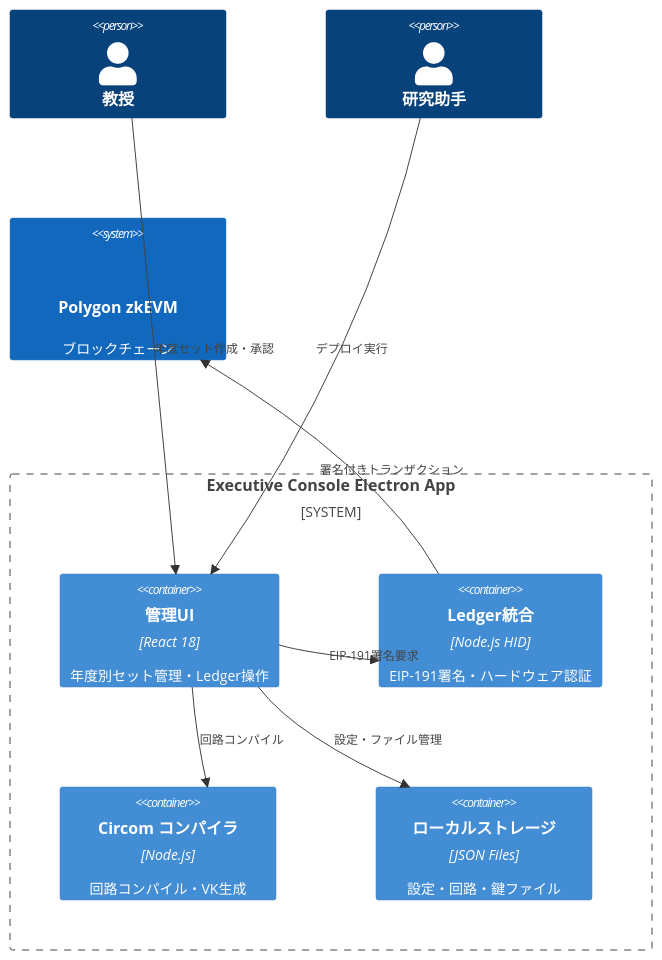
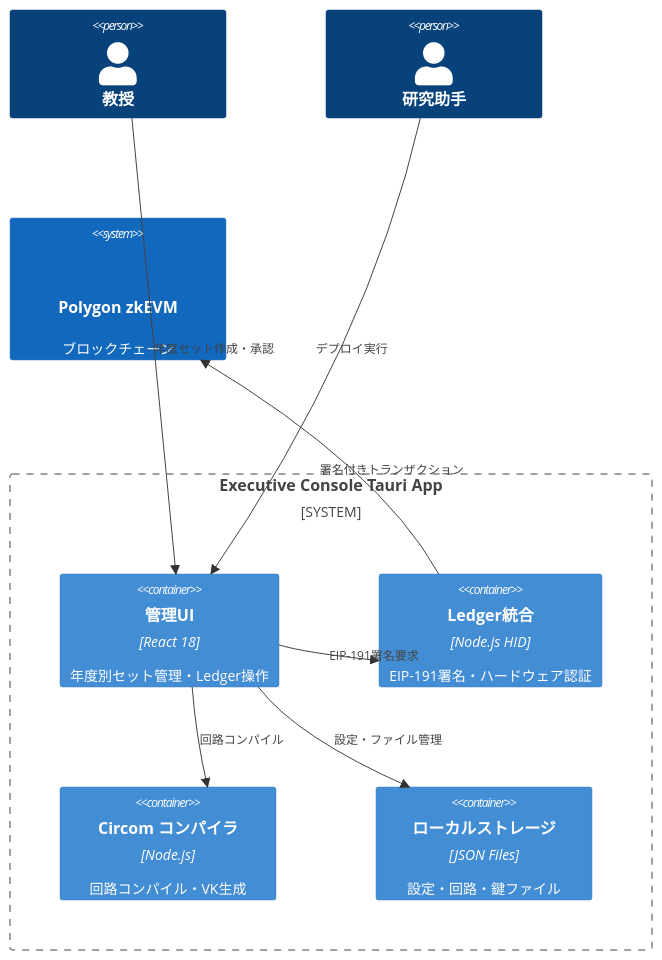
The first of 2 diagrams in documents/ExecutiveConsole/FSD_Executive.md (Blank-Vulture/Tri-CertFramework), drawn with Mermaid before and after one commit. The commit also changed other lines of this file and 14 other files, not shown here.

````diff
--- a/documents/ExecutiveConsole/FSD_Executive.md
+++ b/documents/ExecutiveConsole/FSD_Executive.md
@@ -7,19 +7,19 @@
 ```mermaid
 C4Context
 Person(Professor, "教授")
 Person(Assistant, "研究助手")
-System_Boundary(EC, "Executive Console Electron App") {
+System_Boundary(EC, "Executive Console Tauri App") {
   Container(UI, "管理UI", "React 18", "年度別セット管理・Ledger操作")
   Container(Ledger, "Ledger統合", "Node.js HID", "EIP-191署名・ハードウェア認証")
   Container(Compiler, "Circom コンパイラ", "Node.js", "回路コンパイル・VK生成")
   Container(Storage, "ローカルストレージ", "JSON Files", "設定・回路・鍵ファイル")
 }
 System(zkEVM, "Polygon zkEVM", "ブロックチェーン", "年度別NFT・スマートコントラクト")
 
 Rel(Professor, UI, "年度セット作成・承認")
 Rel(Assistant, UI, "デプロイ実行")
 Rel(UI, Ledger, "EIP-191署名要求")
 Rel(UI, Compiler, "回路コンパイル")
 Rel(UI, Storage, "設定・ファイル管理")
 Rel(Ledger, zkEVM, "署名付きトランザクション")
 ```
````
